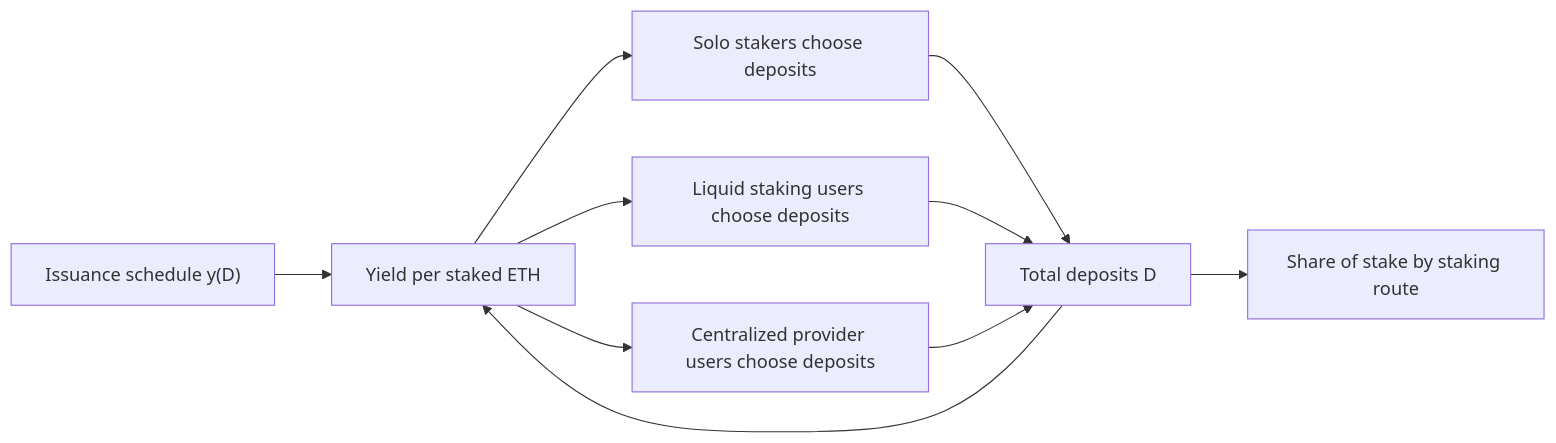
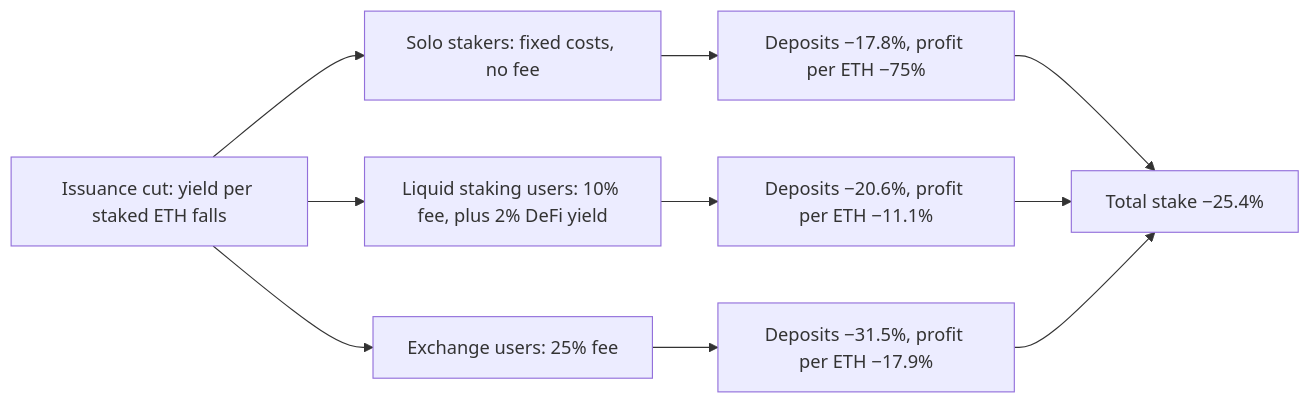
The diagram in content/Phase II/Wiki/Collections/Supplementary Research Papers/2025 Ethereum Staking Market Framework.md (bonding-curves/avalanche-phase-ii-research), drawn with Mermaid before and after one commit. The commit also changed other lines of this file and 27 other files, not shown here.

````diff
--- a/content/Phase II/Wiki/Collections/Supplementary Research Papers/2025 Ethereum Staking Market Framework.md
+++ b/content/Phase II/Wiki/Collections/Supplementary Research Papers/2025 Ethereum Staking Market Framework.md
@@ -28,12 +18,12 @@
 ```mermaid
 flowchart LR
-  I["Issuance schedule y(D)"] --> Y["Yield per staked ETH"]
-  Y --> E["Solo stakers choose deposits"]
-  Y --> T["Liquid staking users choose deposits"]
-  Y --> R["Centralized provider users choose deposits"]
-  E --> D["Total deposits D"]
-  T --> D
-  R --> D
-  D --> Y
-  D --> M["Share of stake by staking route"]
+  I["Issuance cut: yield per staked ETH falls"] --> E["Solo stakers: fixed costs, no fee"]
+  I --> T["Liquid staking users: 10% fee, plus 2% DeFi yield"]
+  I --> R["Exchange users: 25% fee"]
+  E --> E2["Deposits −17.8%, profit per ETH −75%"]
+  T --> T2["Deposits −20.6%, profit per ETH −11.1%"]
+  R --> R2["Deposits −31.5%, profit per ETH −17.9%"]
+  E2 --> D["Total stake −25.4%"]
+  T2 --> D
+  R2 --> D
 ```
````
